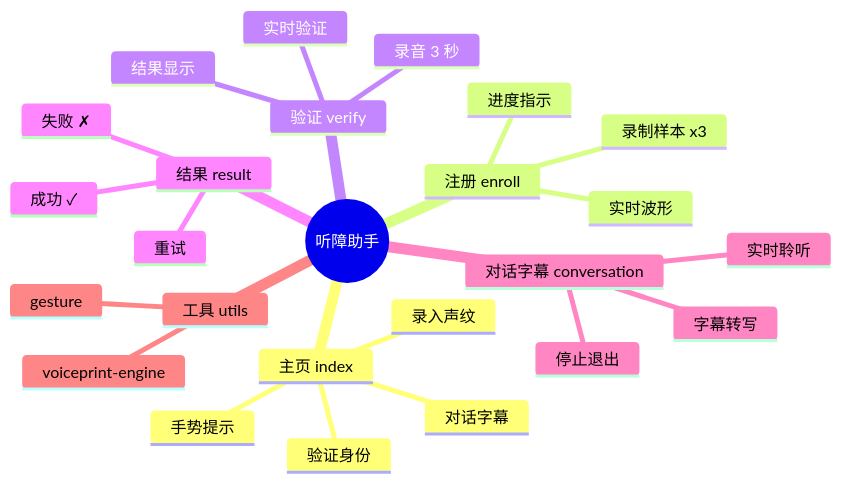
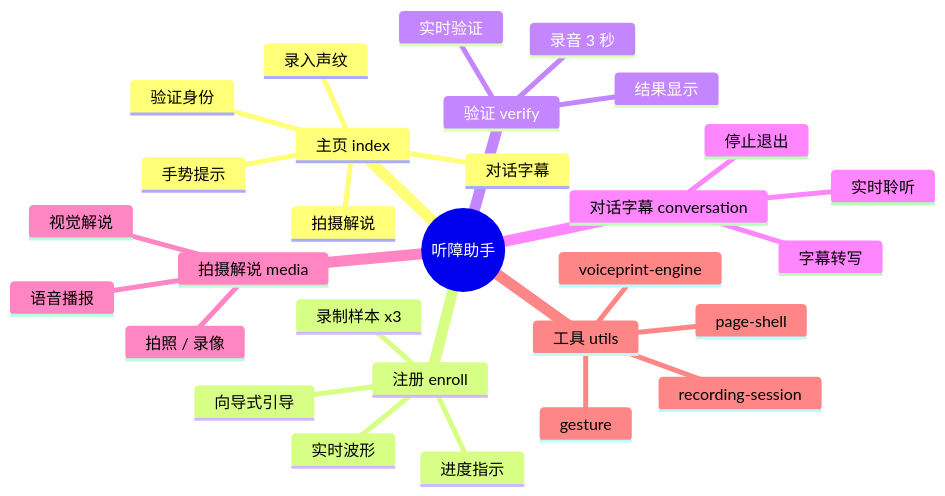
Before and after one commit to cpufreestyle/aiui-voiceprint: the first of 2 diagrams in README.md, drawn with Mermaid. The commit also changed other lines of this file and 2 other files, not shown here.

Commit message:
docs+package: 文档与代码对齐, 重新打包 .aix
- README/AGENTS: 移除已删除的 result 页, 补充 media 拍摄解说页与 camera 权限
- README 思维导图/导航图同步为当前 5 个页面(index/enroll/verify/conversation/media)
- 重新打包 .aix: 旧包停留在 7 月版本, 缺 conversation/media 页面及 10 个 utils,
  导入后无法运行; 新包含全部 5 页 + 11 个 utils(28 文件)
- 清理残留的空目录 pages/result

````diff
--- a/README.md
+++ b/README.md
@@ -52,28 +54,32 @@
 ```mermaid
 mindmap
   root((听障助手))
     主页 index
       录入声纹
       验证身份
       对话字幕
+      拍摄解说
       手势提示
     注册 enroll
+      向导式引导
       录制样本 x3
       实时波形
       进度指示
     验证 verify
       录音 3 秒
       实时验证
       结果显示
-    结果 result
-      成功 ✓
-      失败 ✗
-      重试
     对话字幕 conversation
       实时聆听
       字幕转写
       停止退出
+    拍摄解说 media
+      拍照 / 录像
+      视觉解说
+      语音播报
     工具 utils
       voiceprint-engine
       gesture
+      page-shell
+      recording-session
 ```
````
